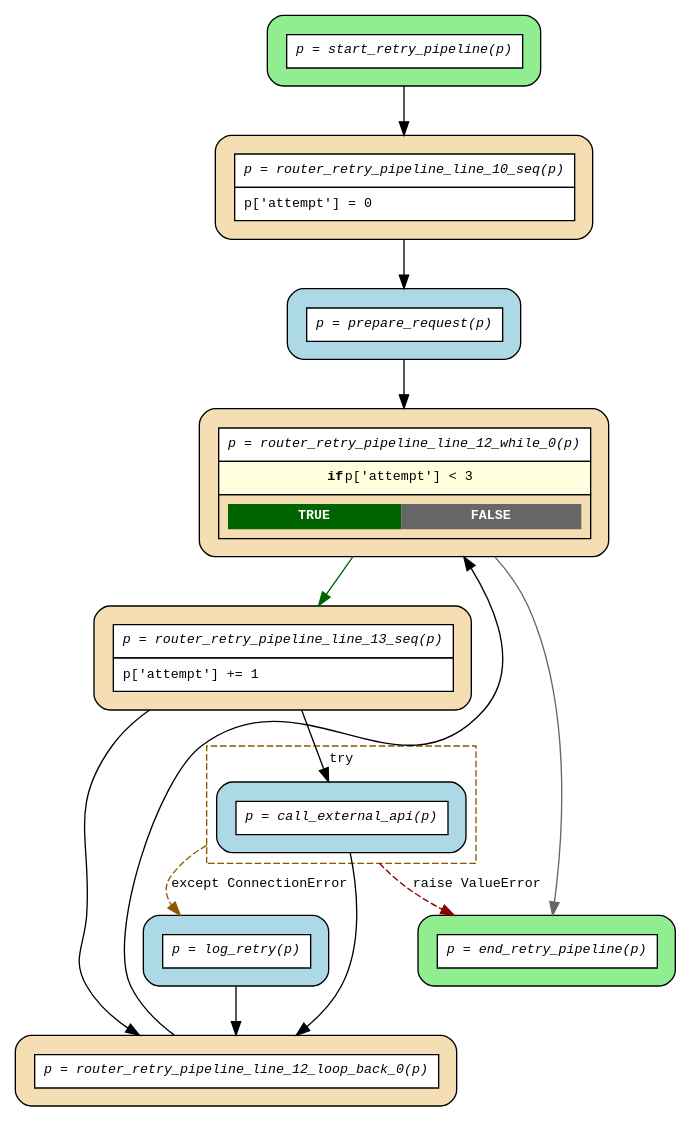
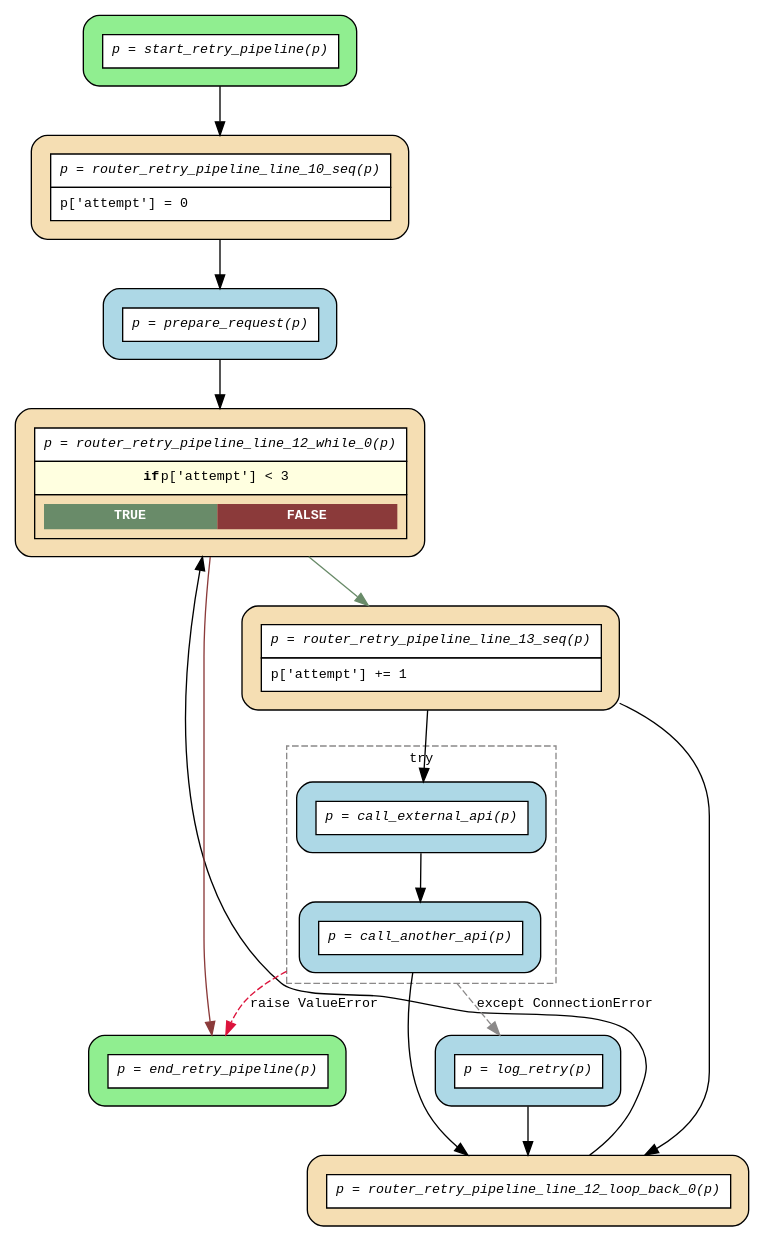
Before and after one commit to deliveryhero/asya: the diagram in examples/flows/compiled/try_except_retry_loop/flow.dot, drawn with Graphviz. The commit also changed 59 other files, not shown here.

```diff
--- a/examples/flows/compiled/try_except_retry_loop/flow.dot
+++ b/examples/flows/compiled/try_except_retry_loop/flow.dot
@@ -1,37 +1,39 @@
 digraph flow {
   rankdir=TB;
   compound=true;
   graph [fontname="Courier", fontsize=10];
   node [fontname="Courier", fontsize=10, shape=box, style="filled,rounded", margin="0.2"];
   edge [fontname="Courier", fontsize=10];
 
   start_retry_pipeline [fillcolor="lightgreen", label=<<table border="0" cellspacing="0" cellpadding="6" cellborder="1"><tr><td bgcolor="white" align="center"><i>p = start_retry_pipeline(p)</i></td></tr></table>>];
   router_retry_pipeline_line_13_seq [fillcolor="wheat", label=<<table border="0" cellspacing="0" cellpadding="6" cellborder="1"><tr><td bgcolor="white" align="center"><i>p = router_retry_pipeline_line_13_seq(p)</i></td></tr><tr><td bgcolor="white" align="left">p['attempt'] += 1</td></tr></table>>];
   router_retry_pipeline_line_12_loop_back_0 [fillcolor="wheat", label=<<table border="0" cellspacing="0" cellpadding="6" cellborder="1"><tr><td bgcolor="white" align="center"><i>p = router_retry_pipeline_line_12_loop_back_0(p)</i></td></tr></table>>];
-  router_retry_pipeline_line_12_while_0 [fillcolor="wheat", label=<<table border="0" cellspacing="0" cellpadding="6" cellborder="1"><tr><td bgcolor="white" align="center"><i>p = router_retry_pipeline_line_12_while_0(p)</i></td></tr><tr><td bgcolor="lightyellow"><b>if</b> p['attempt'] &lt; 3</td></tr><tr><td><table border="0" cellspacing="0" cellpadding="4"><tr><td bgcolor="darkgreen"><font color="white"><b>TRUE</b></font></td><td bgcolor="gray40"><font color="white"><b>FALSE</b></font></td></tr></table></td></tr></table>>];
+  router_retry_pipeline_line_12_while_0 [fillcolor="wheat", label=<<table border="0" cellspacing="0" cellpadding="6" cellborder="1"><tr><td bgcolor="white" align="center"><i>p = router_retry_pipeline_line_12_while_0(p)</i></td></tr><tr><td bgcolor="lightyellow"><b>if</b> p['attempt'] &lt; 3</td></tr><tr><td><table border="0" cellspacing="0" cellpadding="4"><tr><td bgcolor="darkseagreen4"><font color="white"><b>TRUE</b></font></td><td bgcolor="indianred4"><font color="white"><b>FALSE</b></font></td></tr></table></td></tr></table>>];
   router_retry_pipeline_line_10_seq [fillcolor="wheat", label=<<table border="0" cellspacing="0" cellpadding="6" cellborder="1"><tr><td bgcolor="white" align="center"><i>p = router_retry_pipeline_line_10_seq(p)</i></td></tr><tr><td bgcolor="white" align="left">p['attempt'] = 0</td></tr></table>>];
   end_retry_pipeline [fillcolor="lightgreen", label=<<table border="0" cellspacing="0" cellpadding="6" cellborder="1"><tr><td bgcolor="white" align="center"><i>p = end_retry_pipeline(p)</i></td></tr></table>>];
   log_retry [fillcolor="lightblue", label=<<table border="0" cellspacing="0" cellpadding="6" cellborder="1"><tr><td bgcolor="white" align="center"><i>p = log_retry(p)</i></td></tr></table>>];
   prepare_request [fillcolor="lightblue", label=<<table border="0" cellspacing="0" cellpadding="6" cellborder="1"><tr><td bgcolor="white" align="center"><i>p = prepare_request(p)</i></td></tr></table>>];
   subgraph cluster_try_0 {
     style=dashed;
-    color="orange4";
+    color="snow4";
     fontname="Courier";
     fontsize=10;
     label="try";
+    call_another_api [fillcolor="lightblue", label=<<table border="0" cellspacing="0" cellpadding="6" cellborder="1"><tr><td bgcolor="white" align="center"><i>p = call_another_api(p)</i></td></tr></table>>];
     call_external_api [fillcolor="lightblue", label=<<table border="0" cellspacing="0" cellpadding="6" cellborder="1"><tr><td bgcolor="white" align="center"><i>p = call_external_api(p)</i></td></tr></table>>];
   }
 
-  call_external_api -> end_retry_pipeline [ltail=cluster_try_0, color=darkred, style=dashed, label="raise ValueError"];
-  call_external_api -> log_retry [ltail=cluster_try_0, color=orange4, style=dashed, label="except ConnectionError"];
-  call_external_api -> router_retry_pipeline_line_12_loop_back_0;
+  call_another_api -> end_retry_pipeline [ltail=cluster_try_0, color=crimson, style=dashed, label="raise ValueError"];
+  call_another_api -> log_retry [ltail=cluster_try_0, color=snow4, style=dashed, label="except ConnectionError"];
+  call_another_api -> router_retry_pipeline_line_12_loop_back_0;
+  call_external_api -> call_another_api;
   log_retry -> router_retry_pipeline_line_12_loop_back_0;
   prepare_request -> router_retry_pipeline_line_12_while_0;
   router_retry_pipeline_line_10_seq -> prepare_request;
   router_retry_pipeline_line_12_loop_back_0 -> router_retry_pipeline_line_12_while_0 [constraint=false];
-  router_retry_pipeline_line_12_while_0 -> end_retry_pipeline [color=gray40];
-  router_retry_pipeline_line_12_while_0 -> router_retry_pipeline_line_13_seq [color=darkgreen];
+  router_retry_pipeline_line_12_while_0 -> end_retry_pipeline [color=indianred4];
+  router_retry_pipeline_line_12_while_0 -> router_retry_pipeline_line_13_seq [color=darkseagreen4];
   router_retry_pipeline_line_13_seq -> call_external_api;
   router_retry_pipeline_line_13_seq -> router_retry_pipeline_line_12_loop_back_0;
   start_retry_pipeline -> router_retry_pipeline_line_10_seq;
 }
```
